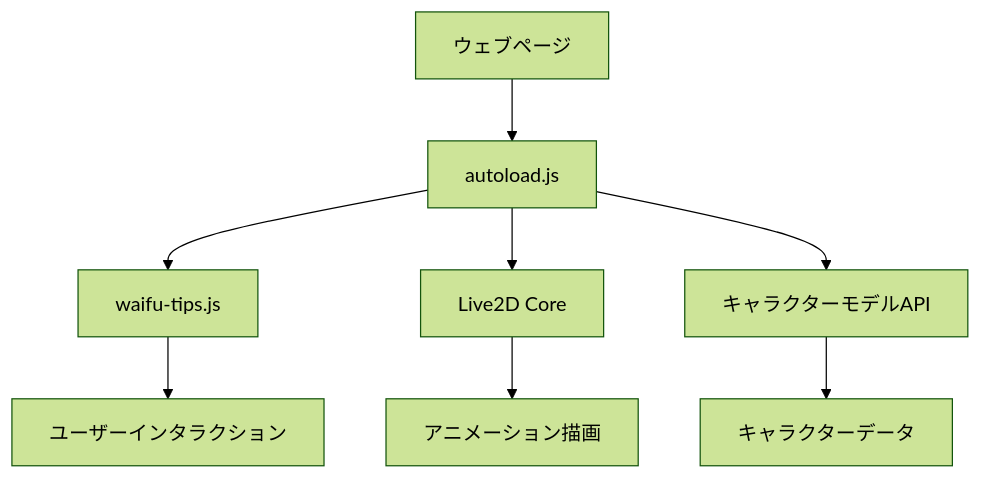
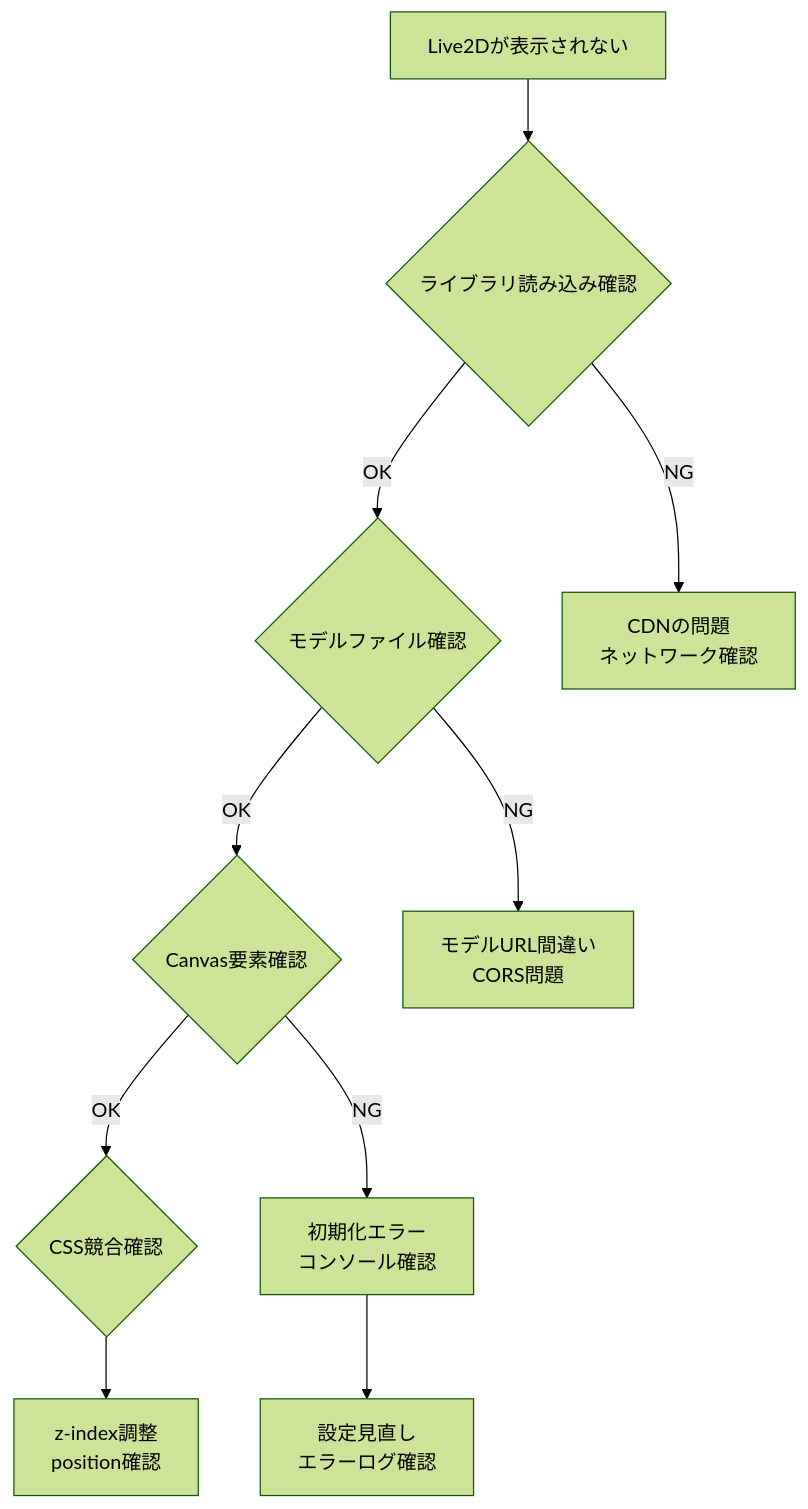
Before and after one commit to aiedoc/note: the diagram in docs/Tips/Live2D/live2d-widget-implementation-guide.md, drawn with Mermaid (forest theme). The commit also changed other lines of this file and 109 other files, not shown here.

````diff
--- a/docs/Tips/Live2D/live2d-widget-implementation-guide.md
+++ b/docs/Tips/Live2D/live2d-widget-implementation-guide.md
@@ -21,10 +370,12 @@
 ```mermaid
-graph TB
-    A[ウェブページ] --> B[autoload.js]
-    B --> C[waifu-tips.js]
-    B --> D[Live2D Core]
-    B --> E[キャラクターモデルAPI]
-    C --> F[ユーザーインタラクション]
-    D --> G[アニメーション描画]
-    E --> H[キャラクターデータ]
+flowchart TD
+    A[Live2Dが表示されない] --> B{ライブラリ読み込み確認}
+    B -->|OK| C{モデルファイル確認}
+    B -->|NG| D[CDNの問題<br/>ネットワーク確認]
+    C -->|OK| E{Canvas要素確認}
+    C -->|NG| F[モデルURL間違い<br/>CORS問題]
+    E -->|OK| G{CSS競合確認}
+    E -->|NG| H[初期化エラー<br/>コンソール確認]
+    G --> I[z-index調整<br/>position確認]
+    H --> J[設定見直し<br/>エラーログ確認]
 ```
````
